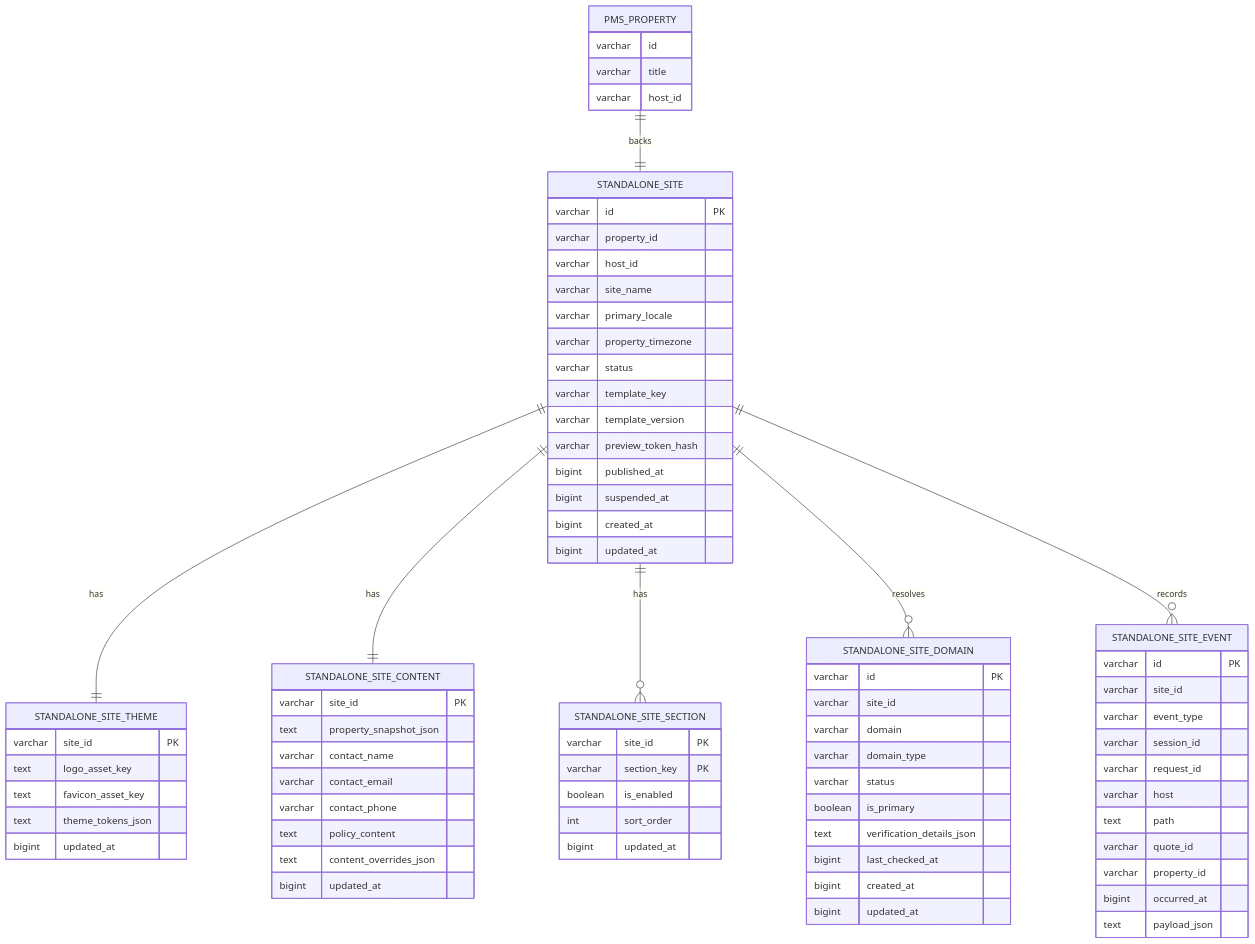
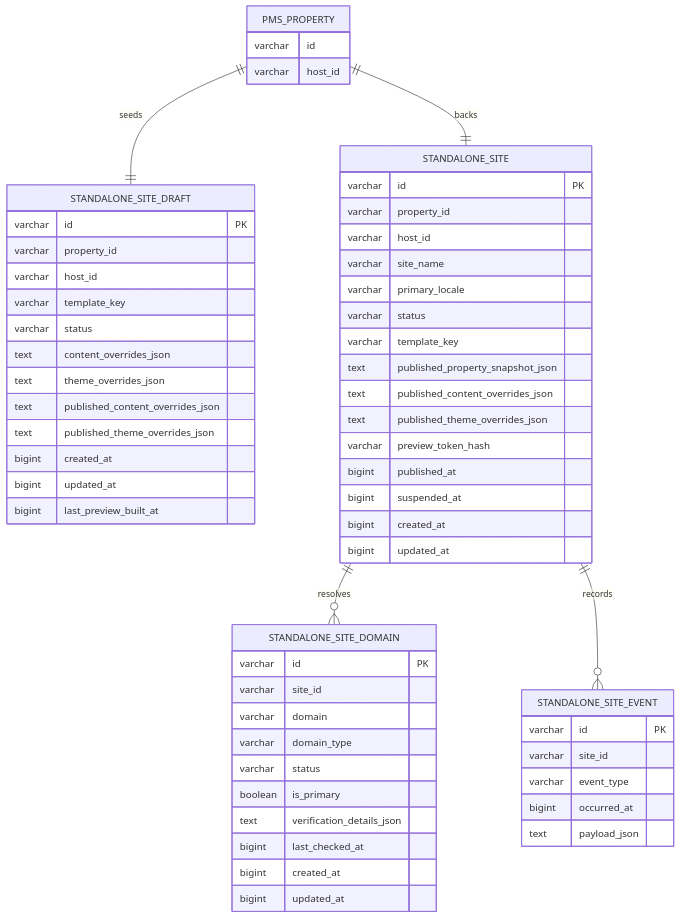
Before and after one commit to domits1/Domits: the fourth of 8 diagrams in docs/internal/apis/directbookingwebsite/standalone_property_site_design_pack.md, drawn with Mermaid. The commit also changed other lines of this file and 4 other files, not shown here.

````diff
--- a/docs/internal/apis/directbookingwebsite/standalone_property_site_design_pack.md
+++ b/docs/internal/apis/directbookingwebsite/standalone_property_site_design_pack.md
@@ -398,80 +362,62 @@
 ```mermaid
 erDiagram
+    PMS_PROPERTY ||--|| STANDALONE_SITE_DRAFT : seeds
     PMS_PROPERTY ||--|| STANDALONE_SITE : backs
-    STANDALONE_SITE ||--|| STANDALONE_SITE_THEME : has
-    STANDALONE_SITE ||--|| STANDALONE_SITE_CONTENT : has
-    STANDALONE_SITE ||--o{ STANDALONE_SITE_SECTION : has
     STANDALONE_SITE ||--o{ STANDALONE_SITE_DOMAIN : resolves
     STANDALONE_SITE ||--o{ STANDALONE_SITE_EVENT : records
 
     PMS_PROPERTY {
       varchar id
-      varchar title
       varchar host_id
+    }
+    STANDALONE_SITE_DRAFT {
+      varchar id PK
+      varchar property_id
+      varchar host_id
+      varchar template_key
+      varchar status
+      text content_overrides_json
+      text theme_overrides_json
+      text published_content_overrides_json
+      text published_theme_overrides_json
+      bigint created_at
+      bigint updated_at
+      bigint last_preview_built_at
     }
     STANDALONE_SITE {
       varchar id PK
       varchar property_id
       varchar host_id
       varchar site_name
       varchar primary_locale
-      varchar property_timezone
       varchar status
       varchar template_key
-      varchar template_version
+      text published_property_snapshot_json
+      text published_content_overrides_json
+      text published_theme_overrides_json
       varchar preview_token_hash
       bigint published_at
       bigint suspended_at
       bigint created_at
-      bigint updated_at
-    }
-    STANDALONE_SITE_THEME {
-      varchar site_id PK
-      text logo_asset_key
-      text favicon_asset_key
-      text theme_tokens_json
-      bigint updated_at
-    }
-    STANDALONE_SITE_CONTENT {
-      varchar site_id PK
-      text property_snapshot_json
-      varchar contact_name
-      varchar contact_email
-      varchar contact_phone
-      text policy_content
-      text content_overrides_json
-      bigint updated_at
-    }
-    STANDALONE_SITE_SECTION {
-      varchar site_id PK
-      varchar section_key PK
-      boolean is_enabled
-      int sort_order
       bigint updated_at
     }
     STANDALONE_SITE_DOMAIN {
       varchar id PK
       varchar site_id
       varchar domain
       varchar domain_type
       varchar status
       boolean is_primary
       text verification_details_json
       bigint last_checked_at
       bigint created_at
       bigint updated_at
     }
     STANDALONE_SITE_EVENT {
       varchar id PK
       varchar site_id
       varchar event_type
-      varchar session_id
-      varchar request_id
-      varchar host
-      text path
-      varchar quote_id
-      varchar property_id
       bigint occurred_at
       text payload_json
     }
 ```
````
